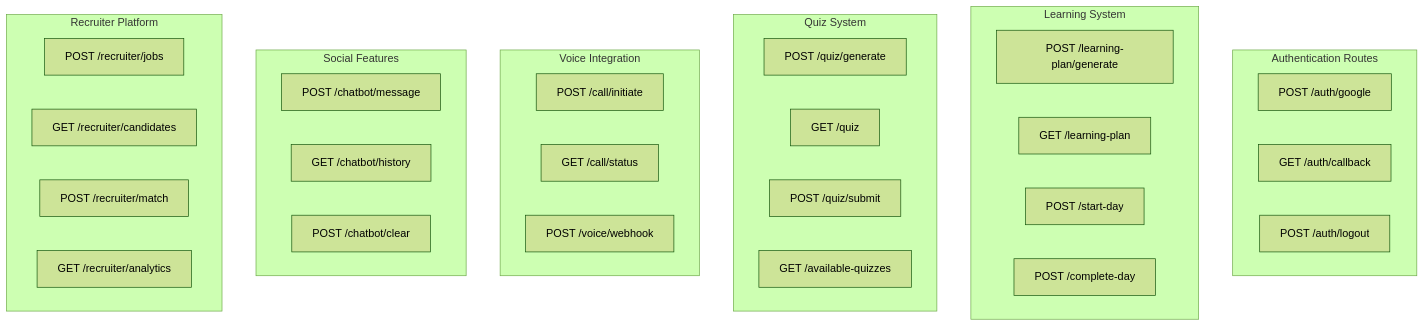
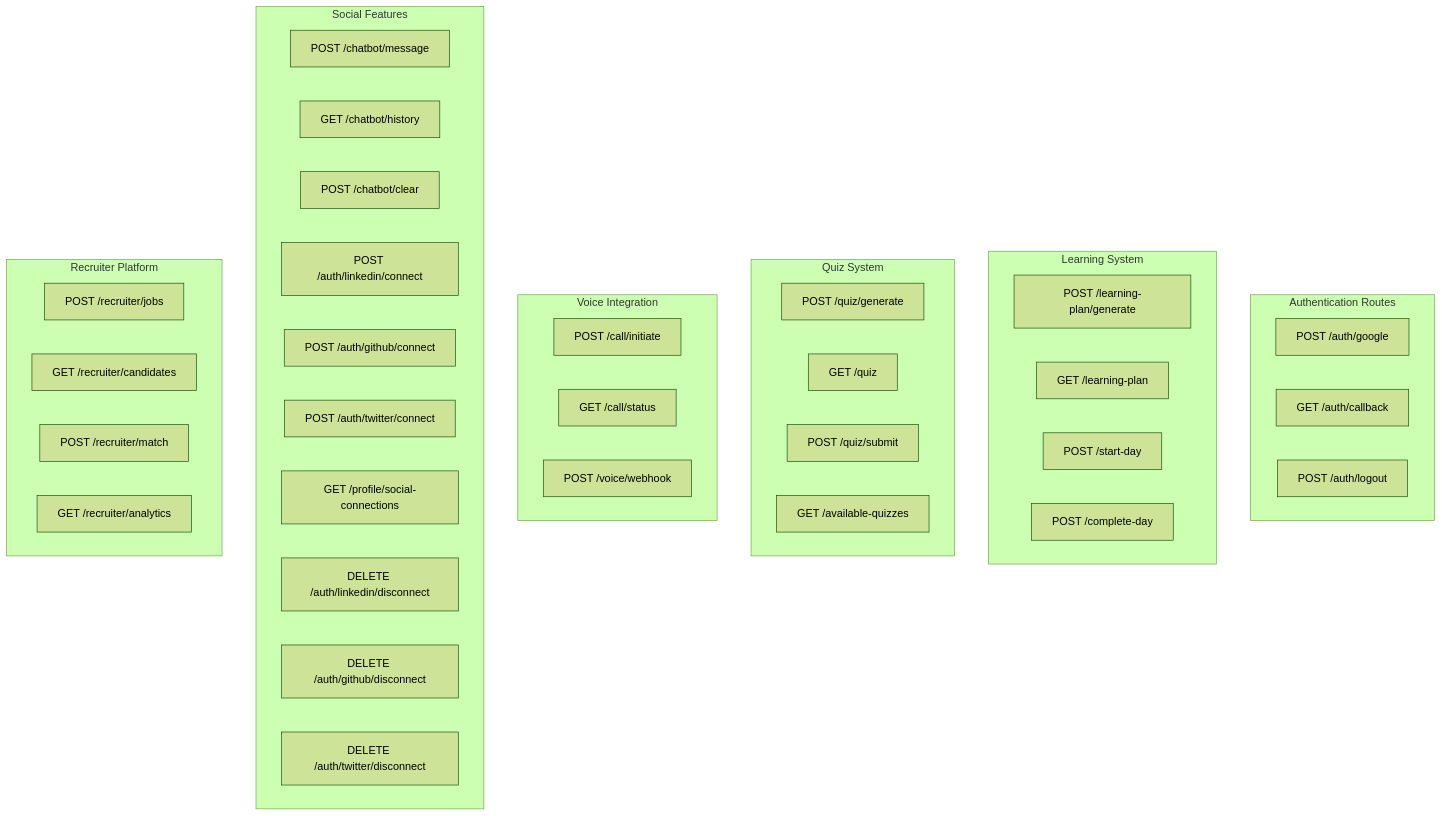
One commit to abhiabhi150614/video-pop-up-for-steaming changed the fifth of 24 diagrams in README.md. Above: the diagram before and after it, drawn with Mermaid (forest theme). The commit also changed other lines of this file, not shown here.

````diff
--- a/README.md
+++ b/README.md
@@ -242,41 +271,48 @@
 ```mermaid
 flowchart TD
     subgraph Auth["Authentication Routes"]
         A1["POST /auth/google"]
         A2["GET /auth/callback"]
         A3["POST /auth/logout"]
     end
     
     subgraph Learn["Learning System"]
         L1["POST /learning-plan/generate"]
         L2["GET /learning-plan"]
         L3["POST /start-day"]
         L4["POST /complete-day"]
     end
     
     subgraph Quiz["Quiz System"]
         Q1["POST /quiz/generate"]
         Q2["GET /quiz"]
         Q3["POST /quiz/submit"]
         Q4["GET /available-quizzes"]
     end
     
     subgraph Voice["Voice Integration"]
         V1["POST /call/initiate"]
         V2["GET /call/status"]
         V3["POST /voice/webhook"]
     end
     
     subgraph Social["Social Features"]
         S1["POST /chatbot/message"]
         S2["GET /chatbot/history"]
         S3["POST /chatbot/clear"]
+        S4["POST /auth/linkedin/connect"]
+        S5["POST /auth/github/connect"]
+        S6["POST /auth/twitter/connect"]
+        S7["GET /profile/social-connections"]
+        S8["DELETE /auth/linkedin/disconnect"]
+        S9["DELETE /auth/github/disconnect"]
+        S10["DELETE /auth/twitter/disconnect"]
     end
     
     subgraph Recruit["Recruiter Platform"]
         R1["POST /recruiter/jobs"]
         R2["GET /recruiter/candidates"]
         R3["POST /recruiter/match"]
         R4["GET /recruiter/analytics"]
     end
 ```
````
